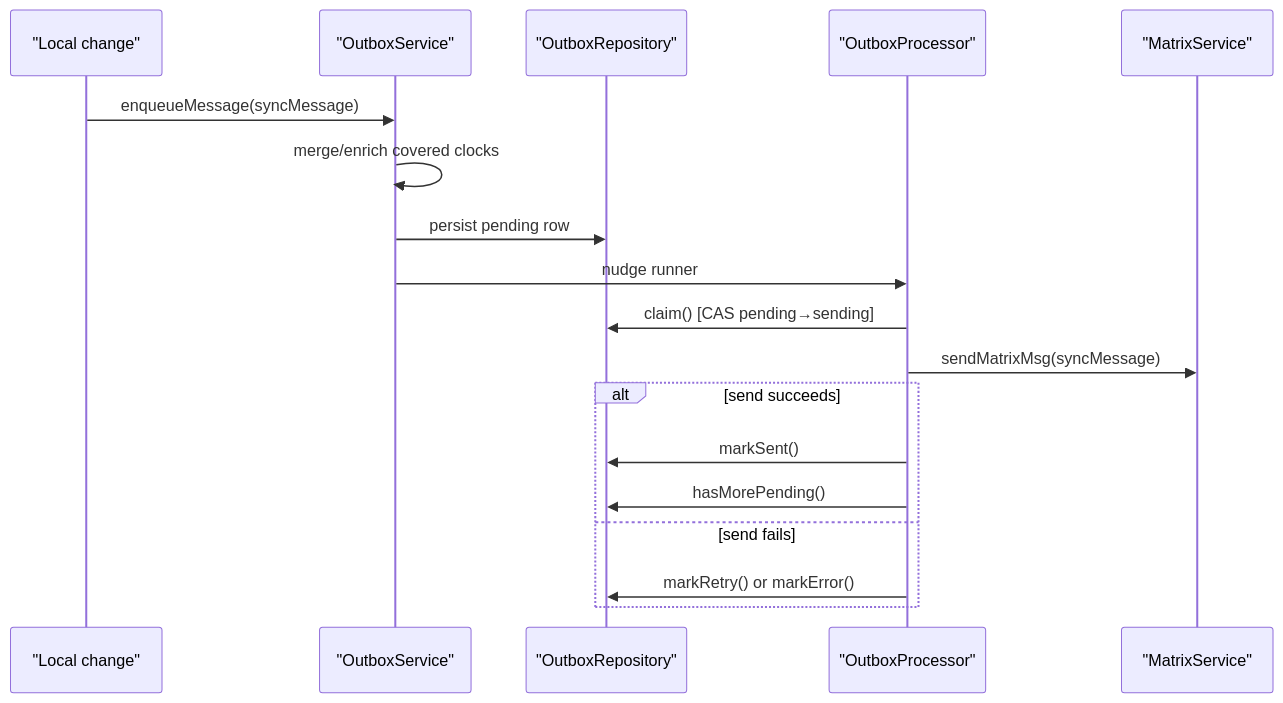
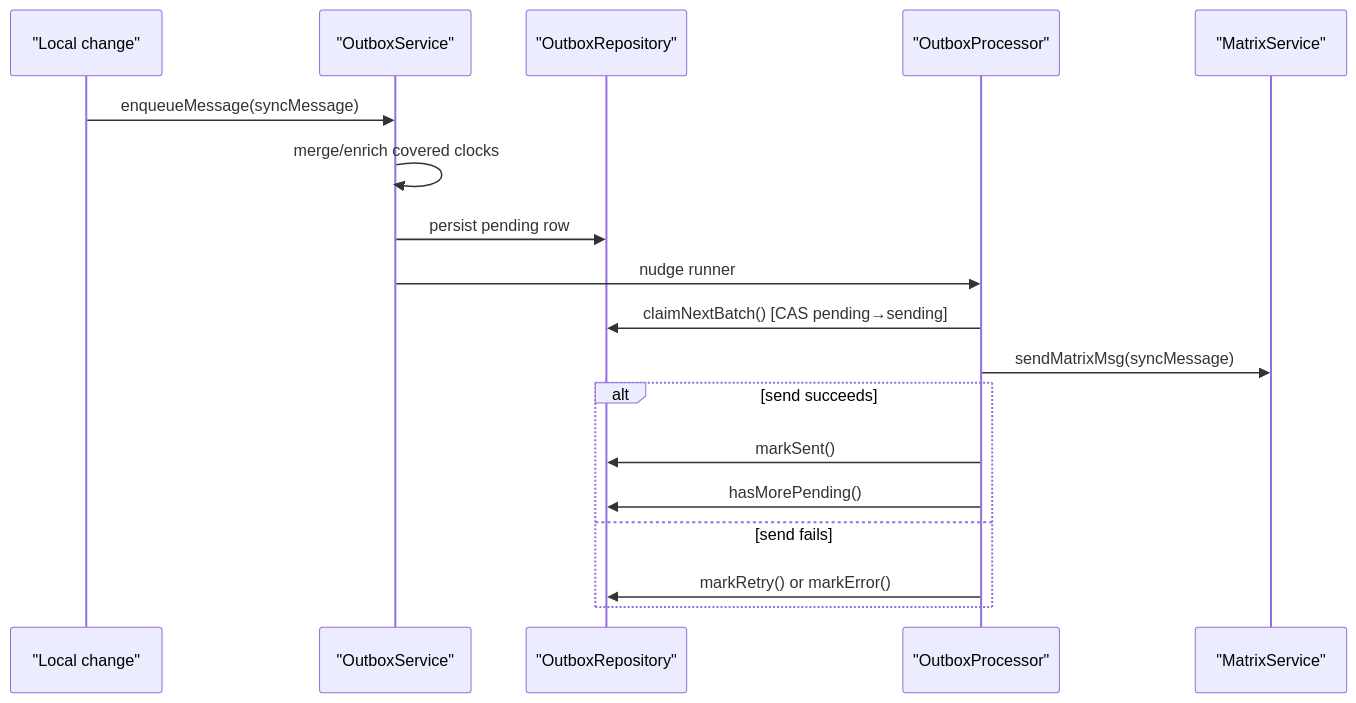
One commit to matthiasn/lotti changed the sixth of 11 diagrams in lib/features/sync/README.md. Above: the diagram before and after it, drawn with Mermaid. The commit also changed other lines of this file and 43 other files, not shown here.

````diff
--- a/lib/features/sync/README.md
+++ b/lib/features/sync/README.md
@@ -627,21 +637,21 @@
 ```mermaid
 sequenceDiagram
   participant Local as "Local change"
   participant Outbox as "OutboxService"
   participant Repo as "OutboxRepository"
   participant Proc as "OutboxProcessor"
   participant Matrix as "MatrixService"
 
   Local->>Outbox: enqueueMessage(syncMessage)
   Outbox->>Outbox: merge/enrich covered clocks
   Outbox->>Repo: persist pending row
   Outbox->>Proc: nudge runner
-  Proc->>Repo: claim() [CAS pending→sending]
+  Proc->>Repo: claimNextBatch() [CAS pending→sending]
   Proc->>Matrix: sendMatrixMsg(syncMessage)
   alt send succeeds
     Proc->>Repo: markSent()
     Proc->>Repo: hasMorePending()
   else send fails
     Proc->>Repo: markRetry() or markError()
   end
 ```
````
